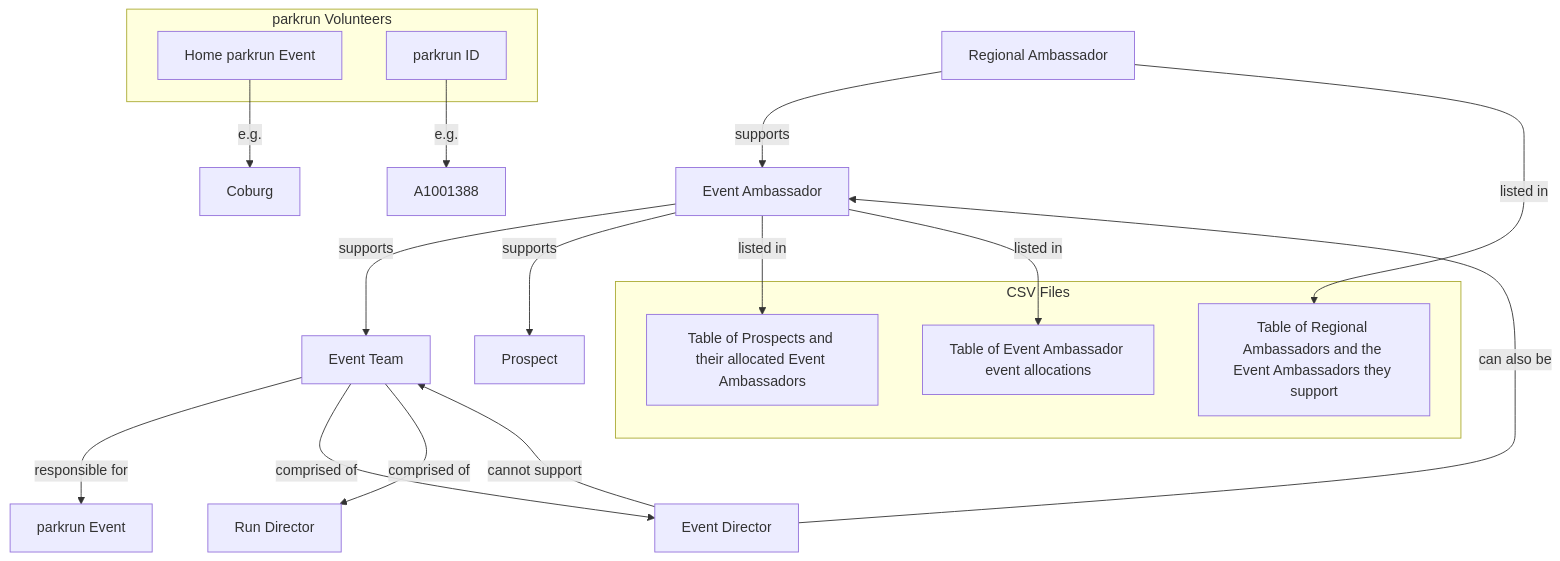
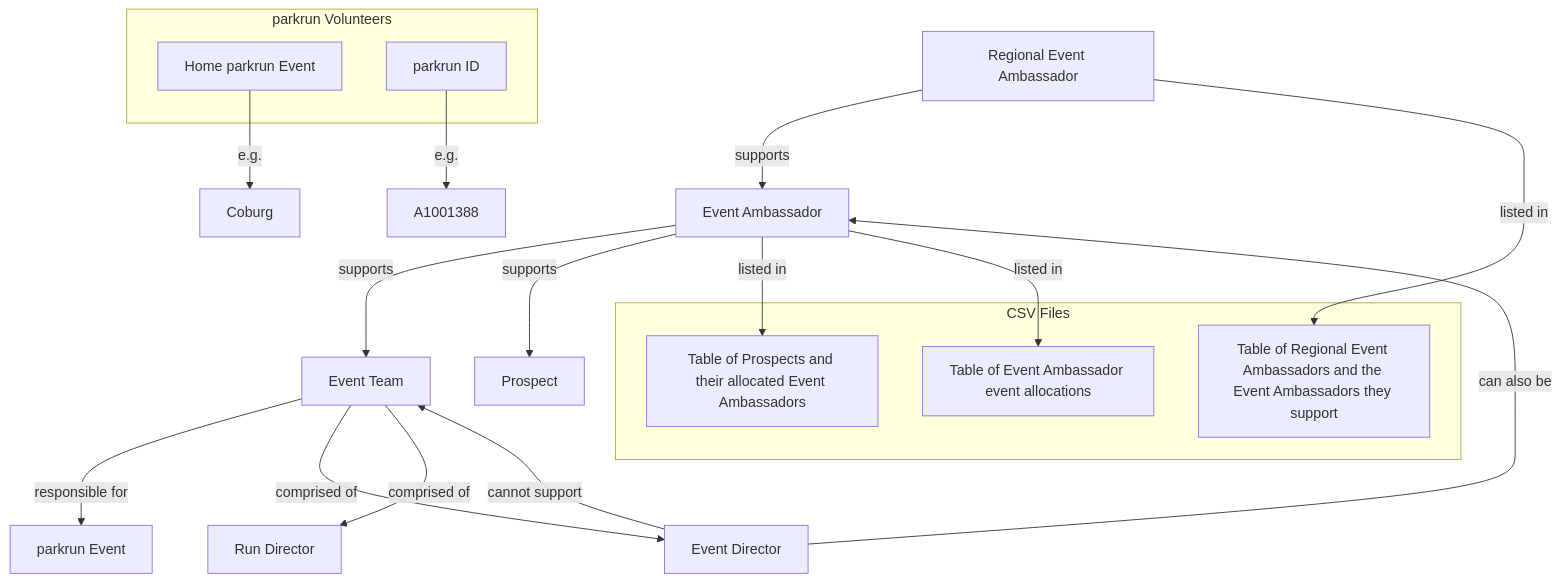
Before and after one commit to johnsyweb/ambassy: the diagram in README.md, drawn with Mermaid. The commit also changed other lines of this file and 8 other files, not shown here.

````diff
--- a/README.md
+++ b/README.md
@@ -20,29 +20,29 @@
 ```mermaid
 graph TD
-    RA[Regional Ambassador] -->|supports| EA[Event Ambassador]
+    REA[Regional Event Ambassador] -->|supports| EA[Event Ambassador]
     EA -->|supports| ET[Event Team]
     ET -->|responsible for| PE[parkrun Event]
     ET -->|comprised of| ED[Event Director]
     ET -->|comprised of| RD[Run Director]
     EA -->|supports| P[Prospect]
 
     subgraph CSV Files
         CSV1[Table of Prospects and their allocated Event Ambassadors]
         CSV2[Table of Event Ambassador event allocations]
-        CSV3[Table of Regional Ambassadors and the Event Ambassadors they support]
+        CSV3[Table of Regional Event Ambassadors and the Event Ambassadors they support]
     end
 
-    RA -->|listed in| CSV3
+    REA -->|listed in| CSV3
     EA -->|listed in| CSV1
     EA -->|listed in| CSV2
 
     subgraph parkrun Volunteers
         PV1[Home parkrun Event]
         PV2[parkrun ID]
     end
 
     PV1 -->|e.g.| Coburg
     PV2 -->|e.g.| A1001388
     ED -->|can also be| EA
     ED -->|cannot support| ET
 ```
````
